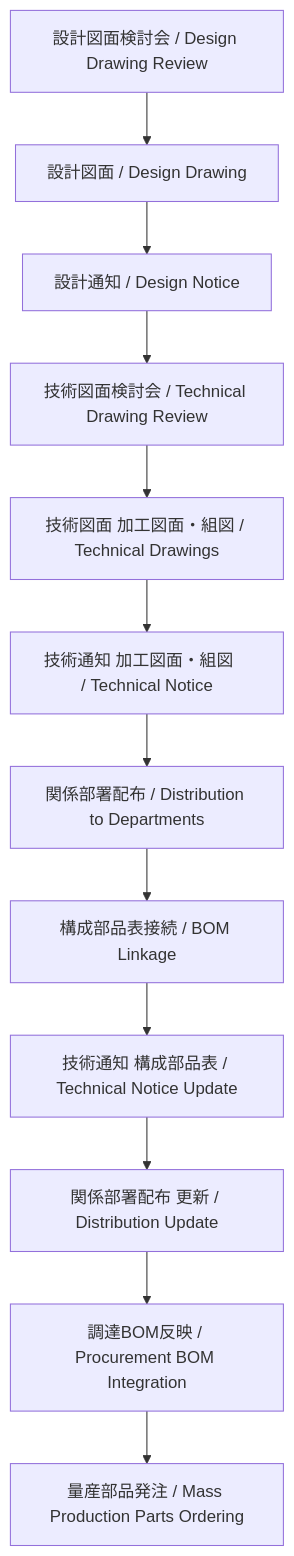
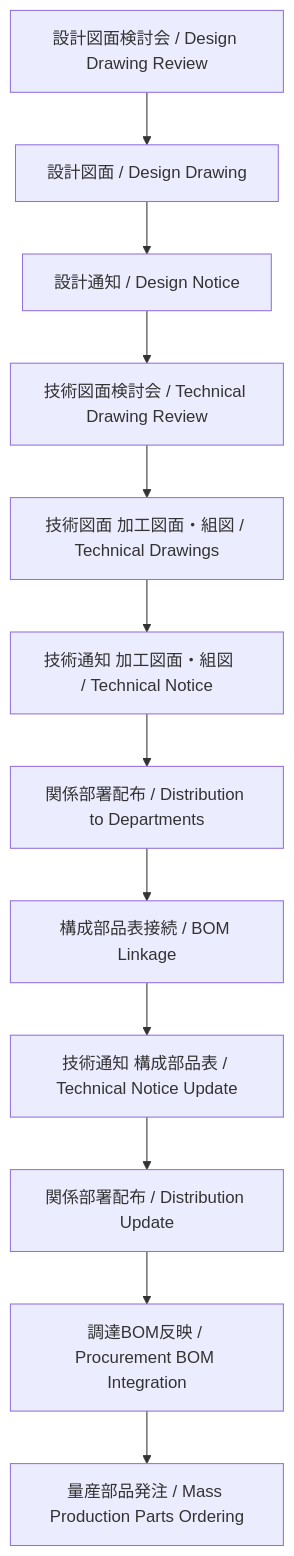
One commit to Samizo-AITL/EduMecha changed the diagram in 08_production_process/production_process_flow.md. Above: the diagram before and after it, drawn with Mermaid.

````diff
--- a/08_production_process/production_process_flow.md
+++ b/08_production_process/production_process_flow.md
@@ -19,14 +19,14 @@
 ```mermaid
 flowchart TD
   A[設計図面検討会 / Design Drawing Review] --> B[設計図面 / Design Drawing]
   B --> C[設計通知 / Design Notice]
   C --> D[技術図面検討会 / Technical Drawing Review]
   D --> E[技術図面 加工図面・組図 / Technical Drawings]
   E --> F[技術通知 加工図面・組図　/ Technical Notice]
   F --> G[関係部署配布 / Distribution to Departments]
   G --> H[構成部品表接続 / BOM Linkage]
   H --> I[技術通知 構成部品表 / Technical Notice Update]
-  I --> J[関係部署配布 更新 / Distribution Update]
+  I --> J[関係部署配布 / Distribution Update]
   J --> K[調達BOM反映 / Procurement BOM Integration]
   K --> L[量産部品発注 / Mass Production Parts Ordering]
 ```
````
